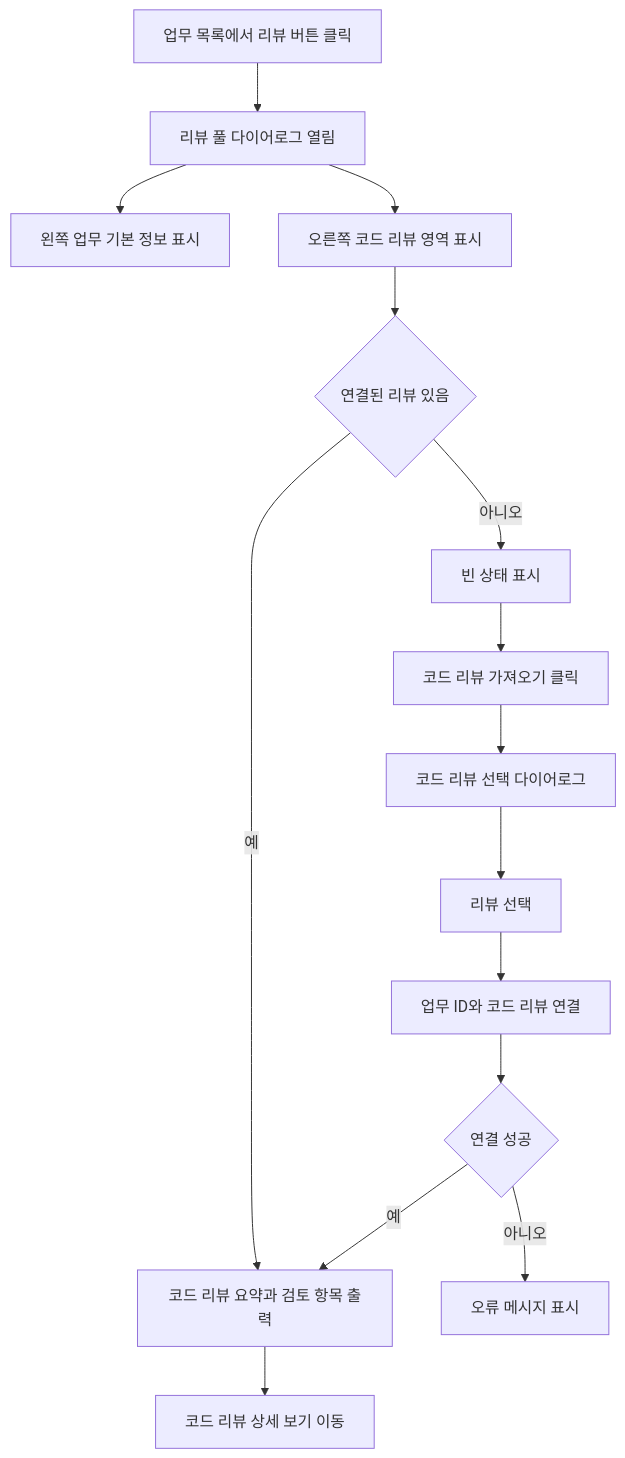
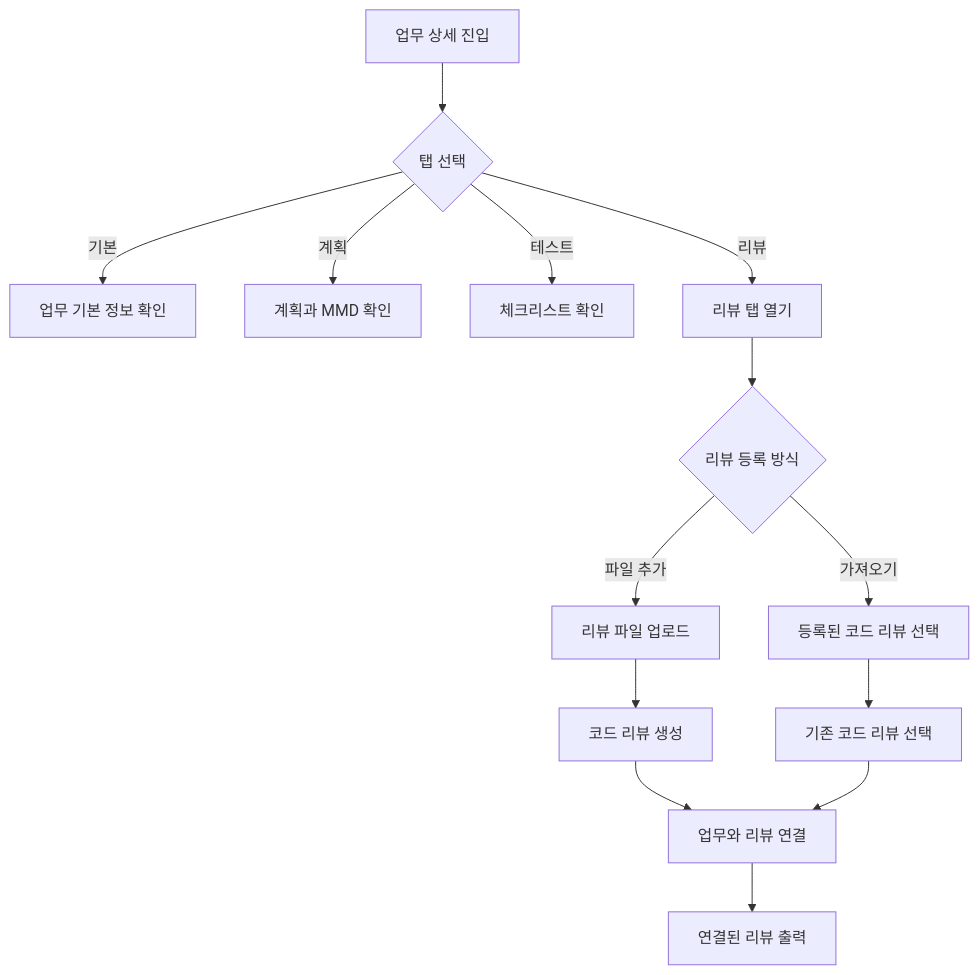
The diagram in pms-task/pms-feature-plan/업무 상세에서 특정 코드 리뷰 연동 하기 구현 계획.md (dota-pilot1/towercrane-for-uiux), drawn with Mermaid before and after one commit. The commit also changed other lines of this file and 8 other files, not shown here.

````diff
--- a/pms-task/pms-feature-plan/업무 상세에서 특정 코드 리뷰 연동 하기 구현 계획.md
+++ b/pms-task/pms-feature-plan/업무 상세에서 특정 코드 리뷰 연동 하기 구현 계획.md
@@ -84,17 +98,16 @@
 ```mermaid
 flowchart TD
-  A[업무 목록에서 리뷰 버튼 클릭] --> B[리뷰 풀 다이어로그 열림]
-  B --> C[왼쪽 업무 기본 정보 표시]
-  B --> D[오른쪽 코드 리뷰 영역 표시]
-  D --> E{연결된 리뷰 있음}
-  E -->|예| F[코드 리뷰 요약과 검토 항목 출력]
-  E -->|아니오| G[빈 상태 표시]
-  G --> H[코드 리뷰 가져오기 클릭]
-  H --> I[코드 리뷰 선택 다이어로그]
-  I --> J[리뷰 선택]
-  J --> K[업무 ID와 코드 리뷰 연결]
-  K --> L{연결 성공}
-  L -->|예| F
-  L -->|아니오| M[오류 메시지 표시]
-  F --> N[코드 리뷰 상세 보기 이동]
+  A[업무 상세 진입] --> B{탭 선택}
+  B -->|기본| C[업무 기본 정보 확인]
+  B -->|계획| D[계획과 MMD 확인]
+  B -->|테스트| E[체크리스트 확인]
+  B -->|리뷰| F[리뷰 탭 열기]
+  F --> G{리뷰 등록 방식}
+  G -->|파일 추가| H[리뷰 파일 업로드]
+  G -->|가져오기| I[등록된 코드 리뷰 선택]
+  H --> J[코드 리뷰 생성]
+  I --> K[기존 코드 리뷰 선택]
+  J --> L[업무와 리뷰 연결]
+  K --> L
+  L --> M[연결된 리뷰 출력]
 ```
````
